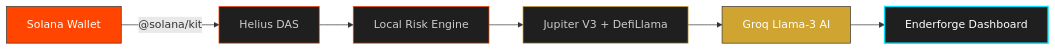
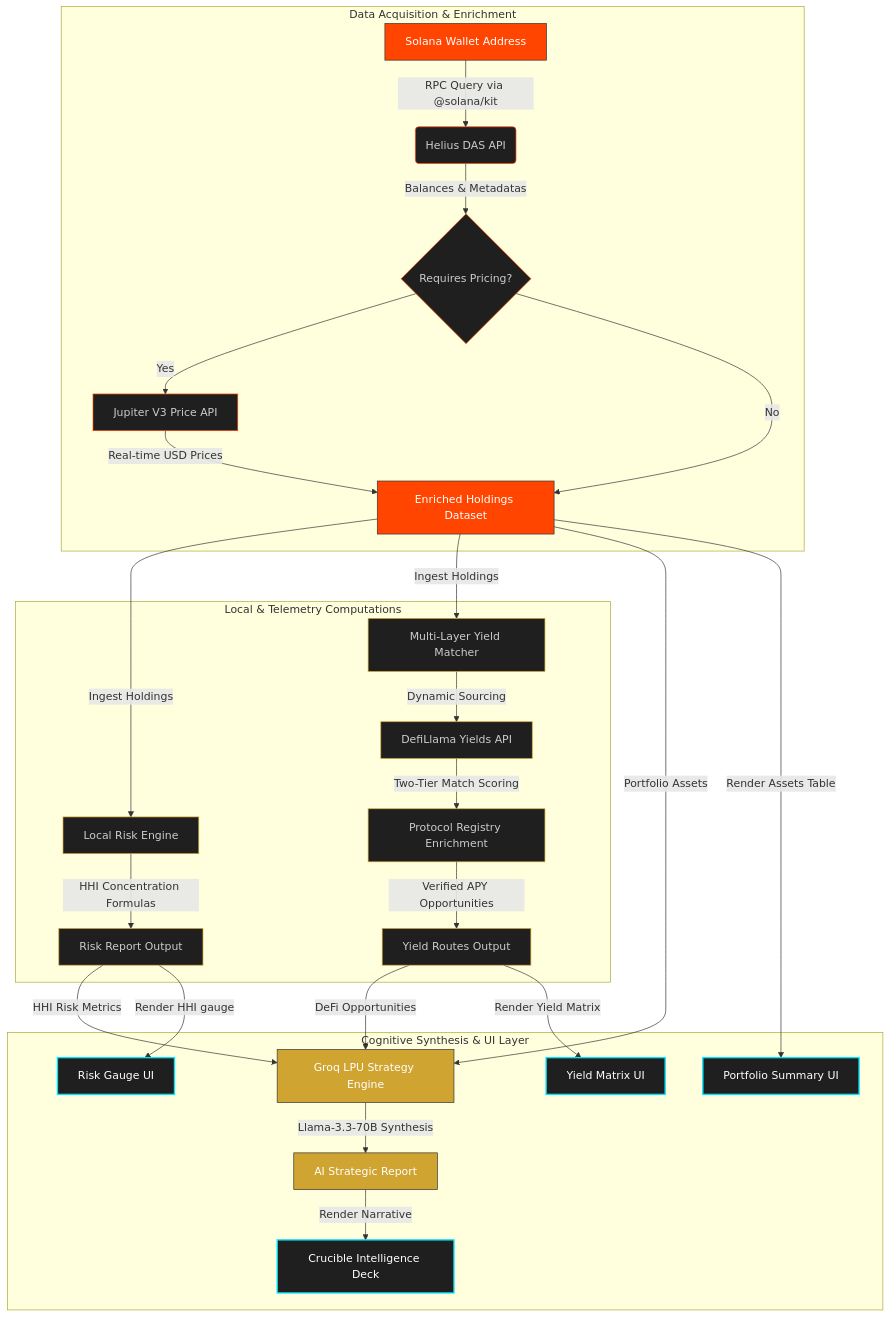
One commit to abhyuday911/SOLANA_ENDERFORGE changed the diagram in README.md. Above: the diagram before and after it, drawn with Mermaid. The commit also changed other lines of this file, not shown here.

Commit message:
Revise README with new links and feature updates
Updated product demonstration links and updated new features to the status table in the README. Enhanced architecture description and clarified data funnel process.

````diff
--- a/README.md
+++ b/README.md
@@ -76,15 +81,45 @@
 ```mermaid
-graph LR
-  A[Solana Wallet] -->|"@solana/kit"| B[Helius DAS]
-  B --> C[Local Risk Engine]
-  C --> D[Jupiter V3 + DefiLlama]
-  D --> E[Groq Llama-3 AI]
-  E --> F[Enderforge Dashboard]
+graph TD
+  subgraph Data Acquisition & Enrichment
+    A[Solana Wallet Address] -->|RPC Query via @solana/kit| B(Helius DAS API)
+    B -->|Balances & Metadatas| C{Requires Pricing?}
+    C -->|Yes| D[Jupiter V3 Price API]
+    C -->|No| E[Enriched Holdings Dataset]
+    D -->|Real-time USD Prices| E
+  end
 
-  style A fill:#FF4500,stroke:#333,stroke-width:1px,color:#fff
-  style B fill:#1F1F1F,stroke:#FF4500,stroke-width:1px,color:#ccc
-  style C fill:#1F1F1F,stroke:#FF4500,stroke-width:1px,color:#ccc
-  style D fill:#1F1F1F,stroke:#CFA430,stroke-width:1px,color:#ccc
-  style E fill:#CFA430,stroke:#333,stroke-width:1px,color:#fff
-  style F fill:#1F1F1F,stroke:#00E5FF,stroke-width:2px,color:#fff
+  subgraph Local & Telemetry Computations
+    E -->|Ingest Holdings| F[Local Risk Engine]
+    E -->|Ingest Holdings| G[Multi-Layer Yield Matcher]
+    
+    F -->|HHI Concentration Formulas| H[Risk Report Output]
+    G -->|Dynamic Sourcing| I[DefiLlama Yields API]
+    I -->|Two-Tier Match Scoring| J[Protocol Registry Enrichment]
+    J -->|Verified APY Opportunities| K[Yield Routes Output]
+  end
+
+  subgraph Cognitive Synthesis & UI Layer
+    E -->|Portfolio Assets| L[Groq LPU Strategy Engine]
+    H -->|HHI Risk Metrics| L
+    K -->|DeFi Opportunities| L
+    
+    L -->|Llama-3.3-70B Synthesis| M[AI Strategic Report]
+    
+    E -->|Render Assets Table| N[Portfolio Summary UI]
+    H -->|Render HHI gauge| O[Risk Gauge UI]
+    K -->|Render Yield Matrix| P[Yield Matrix UI]
+    M -->|Render Narrative| Q[Crucible Intelligence Deck]
+  end
+
+  classDef primary fill:#FF4500,stroke:#333,stroke-width:1px,color:#fff;
+  classDef secondary fill:#1F1F1F,stroke:#FF4500,stroke-width:1px,color:#ccc;
+  classDef yellow fill:#1F1F1F,stroke:#CFA430,stroke-width:1px,color:#ccc;
+  classDef gold fill:#CFA430,stroke:#333,stroke-width:1px,color:#fff;
+  classDef blue fill:#1F1F1F,stroke:#00E5FF,stroke-width:2px,color:#fff;
+
+  class A,E primary;
+  class B,C,D secondary;
+  class F,G,H,I,J,K yellow;
+  class L,M gold;
+  class N,O,P,Q blue;
 ```
````
